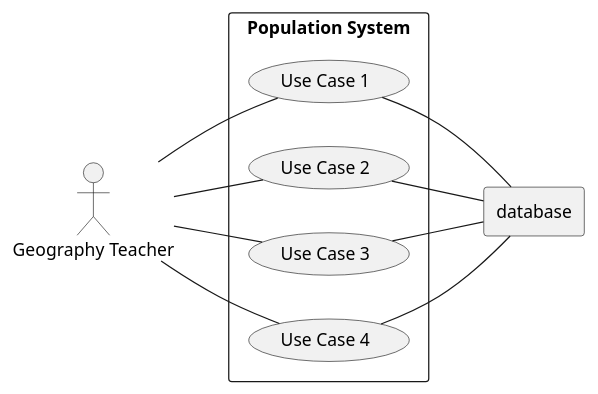
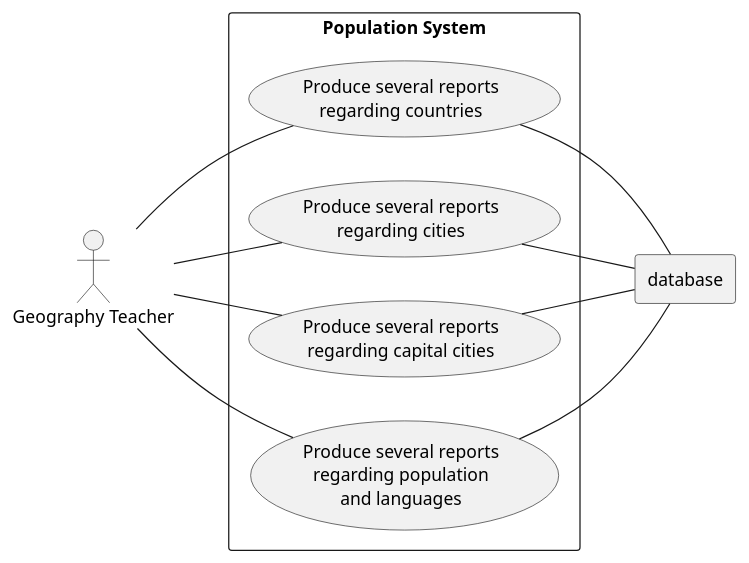
One commit to RSM2001/sem_coursework changed the diagram in use-cases/use-case-digram.puml. Above: the diagram before and after it, drawn with PlantUML.

Commit message:
Updating use case diagram

```diff
--- a/use-cases/use-case-digram.puml
+++ b/use-cases/use-case-digram.puml
@@ -1,29 +1,34 @@
 @startuml
 'https://plantuml.com/use-case-diagram
  
 
 left to right direction
 
 actor Teacher as "Geography Teacher"
 
 rectangle database
 
 rectangle "Population System" {
         
-        usecase UC1 as "Use Case 1"
-        usecase UC2 as "Use Case 2"
-        usecase UC3 as "Use Case 3"
-        usecase UC4 as "Use Case 4"
+                usecase UC1 as "Produce several reports 
+                                regarding countries"
+                usecase UC2 as "Produce several reports
+                                regarding cities"
+                usecase UC3 as "Produce several reports 
+                                regarding capital cities"
+                usecase UC4 as "Produce several reports 
+                    regarding population
+                     and languages"
 
         Teacher -- UC1
         Teacher -- UC2
         Teacher -- UC3
         Teacher -- UC4
         
         UC1 -- database
         UC2 -- database
         UC3 -- database
         UC4 -- database
         
 }
 @enduml
```
